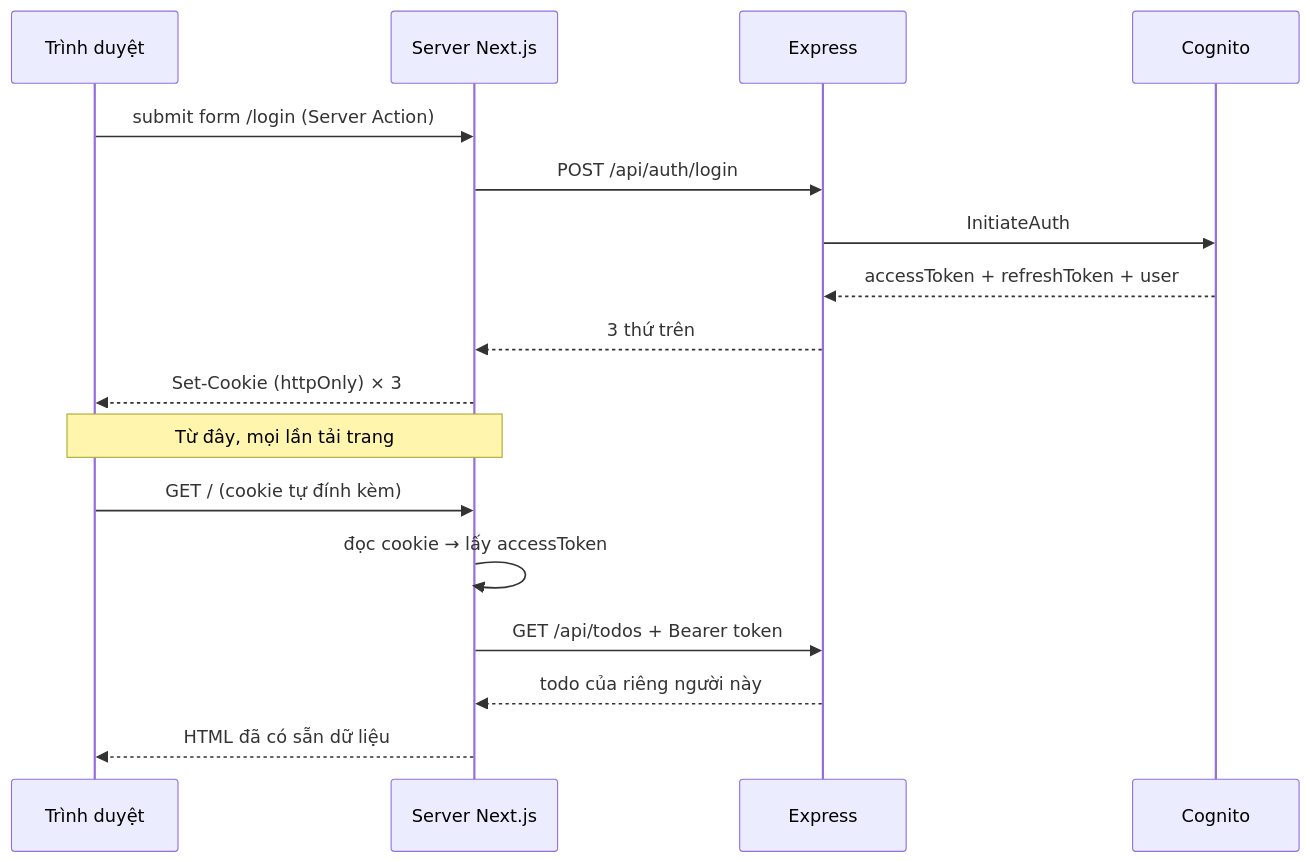
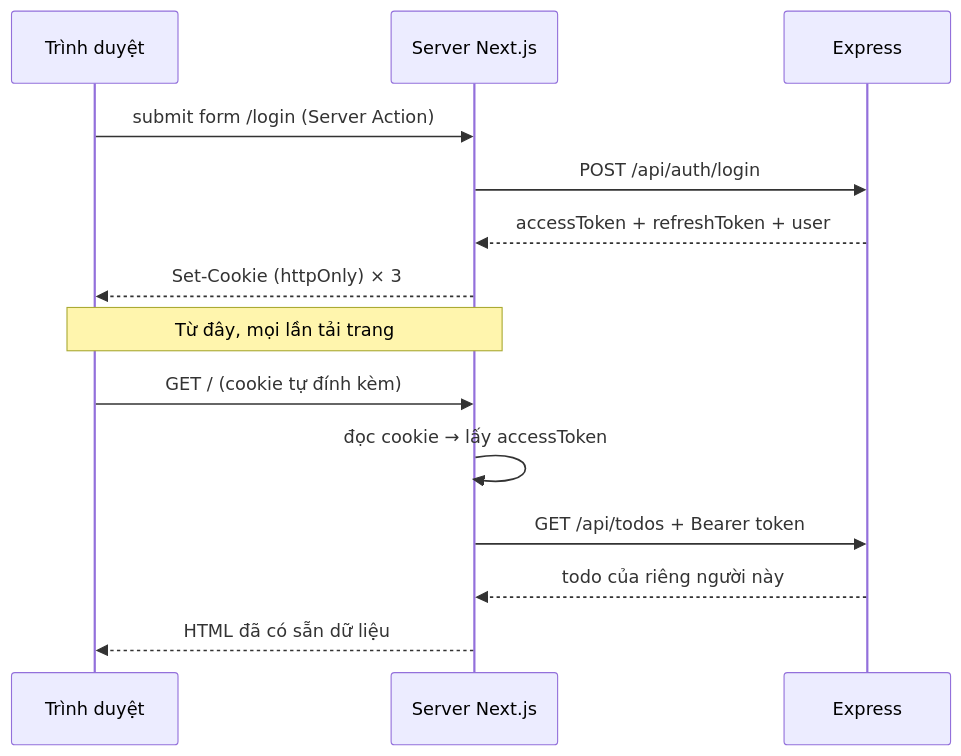
One commit to nguyenbaohua/nextjs-express-demo changed the fifth of 5 diagrams in frontend/LEARN.md. Above: the diagram before and after it, drawn with Mermaid. The commit also changed other lines of this file and 99 other files, not shown here.

````diff
--- a/frontend/LEARN.md
+++ b/frontend/LEARN.md
@@ -227,21 +272,18 @@
 ```mermaid
 sequenceDiagram
     participant B as Trình duyệt
     participant N as Server Next.js
     participant E as Express
-    participant C as Cognito
 
     B->>N: submit form /login (Server Action)
     N->>E: POST /api/auth/login
-    E->>C: InitiateAuth
-    C-->>E: accessToken + refreshToken + user
-    E-->>N: 3 thứ trên
+    E-->>N: accessToken + refreshToken + user
     N-->>B: Set-Cookie (httpOnly) × 3
 
     Note over B,N: Từ đây, mọi lần tải trang
     B->>N: GET / (cookie tự đính kèm)
     N->>N: đọc cookie → lấy accessToken
     N->>E: GET /api/todos + Bearer token
     E-->>N: todo của riêng người này
     N-->>B: HTML đã có sẵn dữ liệu
 ```
````
